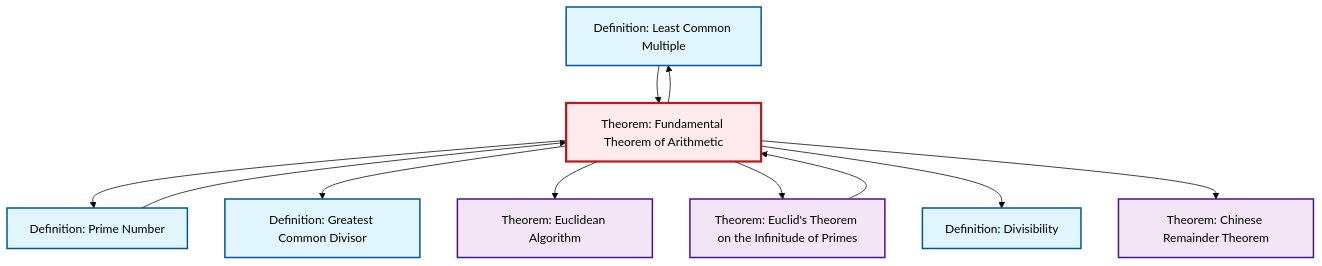
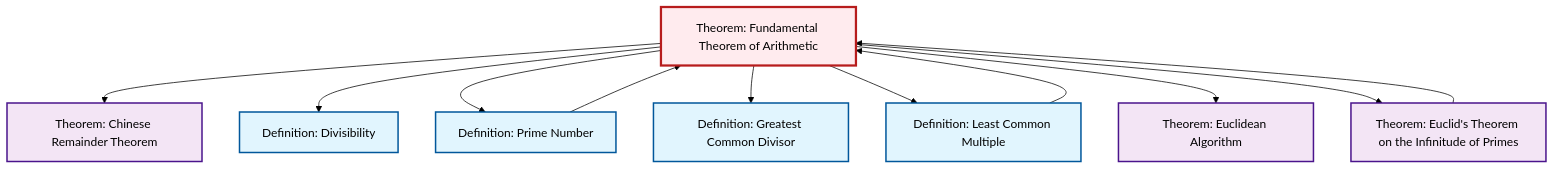
The diagram in content/en/number-theory/thm-fundamental-arithmetic.qmd (RK0429/ModernMath), drawn with Mermaid (forest theme) before and after one commit. The commit also changed other lines of this file and 328 other files, not shown here.

````diff
--- a/content/en/number-theory/thm-fundamental-arithmetic.qmd
+++ b/content/en/number-theory/thm-fundamental-arithmetic.qmd
@@ -72,35 +72,35 @@
 ```{mermaid}
 %%| fig-cap: "Local dependency graph"
 graph TD
     classDef definition fill:#e1f5fe,stroke:#01579b,stroke-width:2px
     classDef theorem fill:#f3e5f5,stroke:#4a148c,stroke-width:2px
     classDef axiom fill:#fff3e0,stroke:#e65100,stroke-width:2px
     classDef example fill:#e8f5e9,stroke:#1b5e20,stroke-width:2px
     classDef current fill:#ffebee,stroke:#b71c1c,stroke-width:3px
+    thm-fundamental-arithmetic["Theorem: Fundamental Theorem of Arithmetic"]:::theorem
+    thm-chinese-remainder["Theorem: Chinese Remainder Theorem"]:::theorem
+    def-lcm["Definition: Least Common Multiple"]:::definition
     thm-euclidean-algorithm["Theorem: Euclidean Algorithm"]:::theorem
-    def-lcm["Definition: Least Common Multiple"]:::definition
+    def-divisibility["Definition: Divisibility"]:::definition
     def-gcd["Definition: Greatest Common Divisor"]:::definition
     thm-euclid-infinitude-primes["Theorem: Euclid's Theorem on the Infinitude of Primes"]:::theorem
     def-prime["Definition: Prime Number"]:::definition
-    thm-fundamental-arithmetic["Theorem: Fundamental Theorem of Arithmetic"]:::theorem
-    thm-chinese-remainder["Theorem: Chinese Remainder Theorem"]:::theorem
-    def-divisibility["Definition: Divisibility"]:::definition
+    thm-fundamental-arithmetic --> thm-chinese-remainder
+    thm-fundamental-arithmetic --> def-divisibility
+    def-prime --> thm-fundamental-arithmetic
+    thm-fundamental-arithmetic --> def-prime
+    thm-fundamental-arithmetic --> def-gcd
     thm-euclid-infinitude-primes --> thm-fundamental-arithmetic
-    thm-fundamental-arithmetic --> def-prime
     thm-fundamental-arithmetic --> def-lcm
-    thm-fundamental-arithmetic --> def-gcd
-    def-prime --> thm-fundamental-arithmetic
     thm-fundamental-arithmetic --> thm-euclidean-algorithm
+    def-lcm --> thm-fundamental-arithmetic
     thm-fundamental-arithmetic --> thm-euclid-infinitude-primes
-    def-lcm --> thm-fundamental-arithmetic
-    thm-fundamental-arithmetic --> def-divisibility
-    thm-fundamental-arithmetic --> thm-chinese-remainder
     class thm-fundamental-arithmetic current
+    click thm-chinese-remainder "thm-chinese-remainder.html" "Go to Chinese Remainder Theorem theorem"
+    click def-lcm "def-lcm.html" "Go to Least Common Multiple definition"
     click thm-euclidean-algorithm "thm-euclidean-algorithm.html" "Go to Euclidean Algorithm theorem"
-    click def-lcm "def-lcm.html" "Go to Least Common Multiple definition"
+    click def-divisibility "def-divisibility.html" "Go to Divisibility definition"
     click def-gcd "def-gcd.html" "Go to Greatest Common Divisor definition"
     click thm-euclid-infinitude-primes "thm-euclid-infinitude-primes.html" "Go to Euclid's Theorem on the Infinitude of Primes theorem"
     click def-prime "def-prime.html" "Go to Prime Number definition"
-    click thm-chinese-remainder "thm-chinese-remainder.html" "Go to Chinese Remainder Theorem theorem"
-    click def-divisibility "def-divisibility.html" "Go to Divisibility definition"
 ```
````
